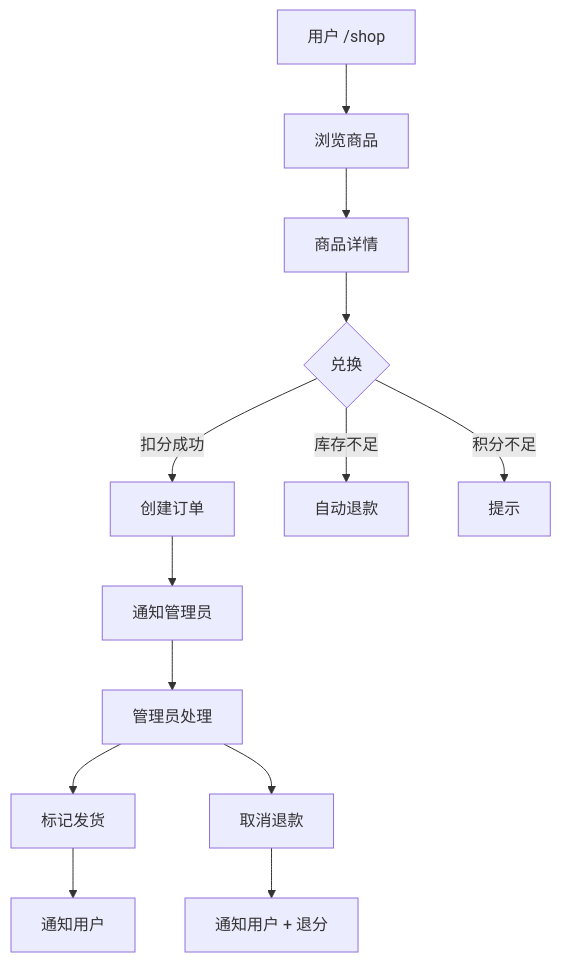
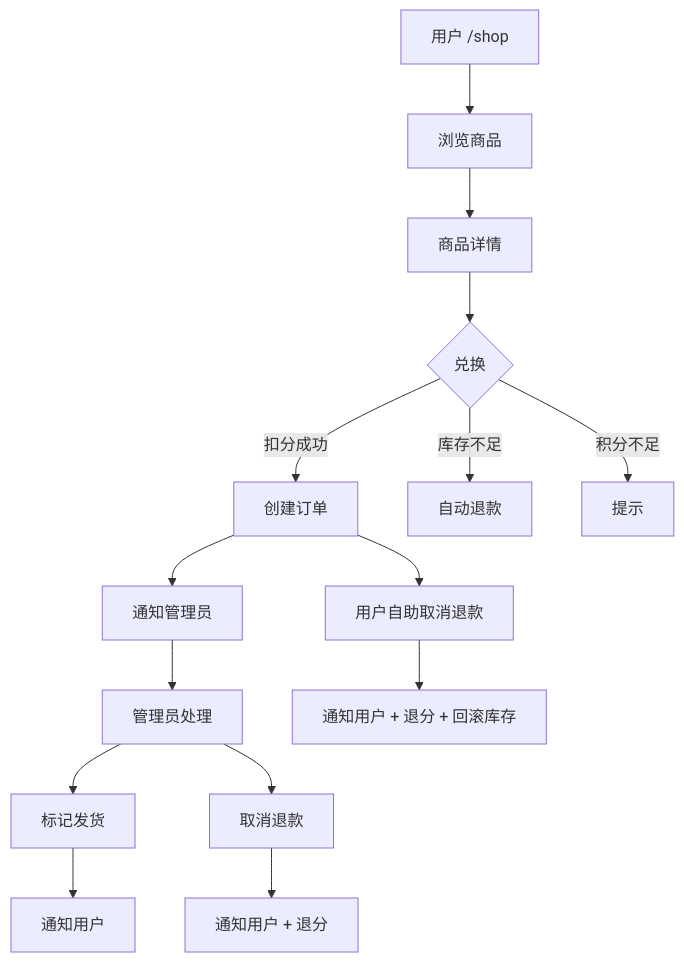
The fifth of 7 diagrams in README.md (ZooolpMoon/tgbot), drawn with Mermaid before and after one commit. The commit also changed other lines of this file and 3 other files, not shown here.

````diff
--- a/README.md
+++ b/README.md
@@ -416,15 +537,17 @@
 ```mermaid
 flowchart TD
     User[用户 /shop] --> Browse[浏览商品]
     Browse --> Detail[商品详情]
     Detail --> Buy{兑换}
     Buy -->|扣分成功| Order[创建订单]
     Buy -->|库存不足| Refund1[自动退款]
     Buy -->|积分不足| Reject[提示]
     Order --> Notify[通知管理员]
     Notify --> Admin[管理员处理]
     Admin --> Ship[标记发货]
     Admin --> Cancel[取消退款]
+    Order --> UserCancel[用户自助取消退款]
     Ship --> NotifyUser1[通知用户]
     Cancel --> NotifyUser2[通知用户 + 退分]
+    UserCancel --> NotifyUser3[通知用户 + 退分 + 回滚库存]
 ```
````
